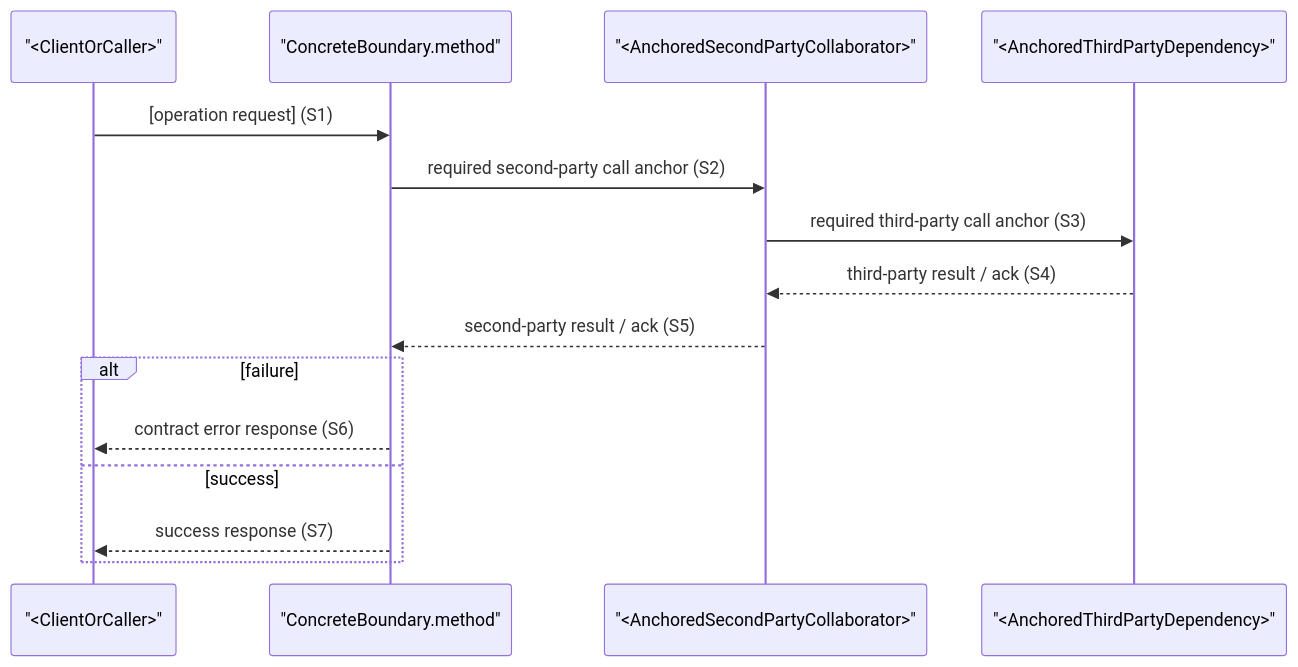
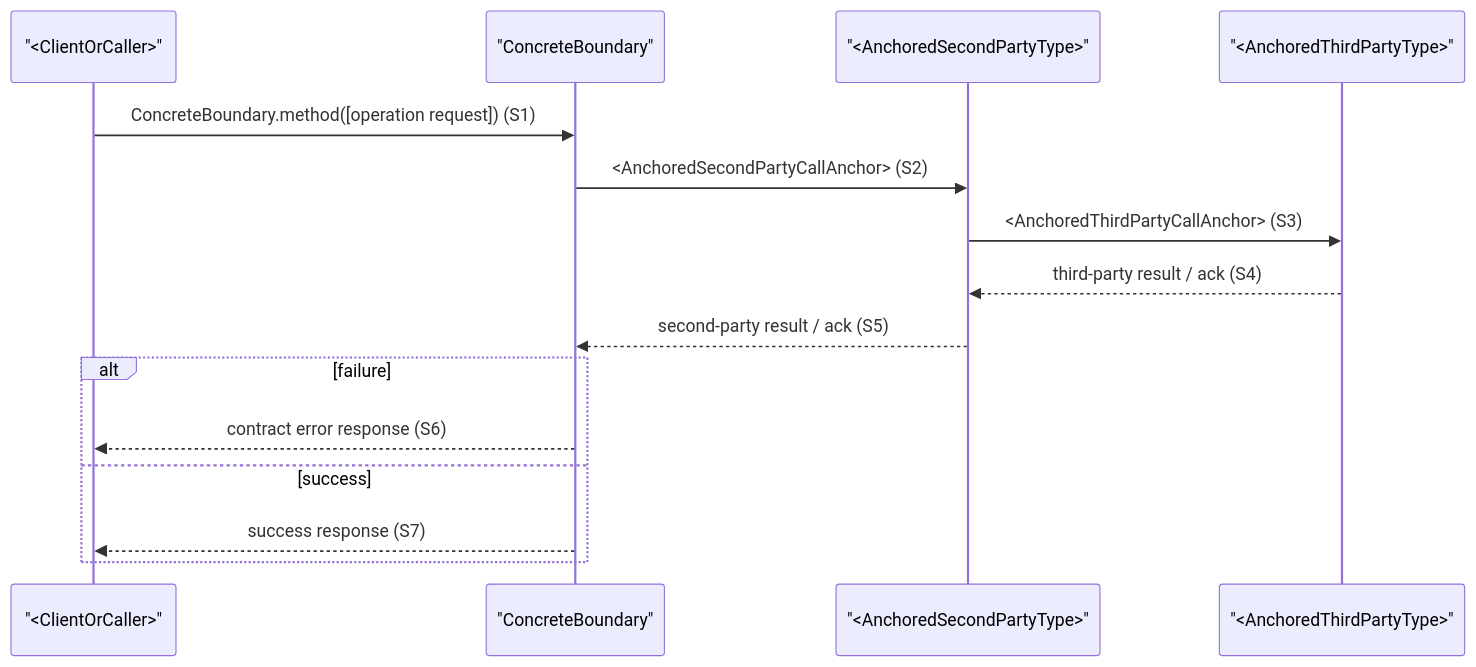
Before and after one commit to bigsmartben/sdd: the sixth of 6 diagrams in templates/contract-template.md, drawn with Mermaid. The commit also changed other lines of this file and 9 other files, not shown here.

````diff
--- a/templates/contract-template.md
+++ b/templates/contract-template.md
@@ -312,18 +313,18 @@
 ```mermaid
 sequenceDiagram
     participant Initiator as "<ClientOrCaller>"
-    participant Boundary as "ConcreteBoundary.method"
-    participant SecondParty as "<AnchoredSecondPartyCollaborator>"
-    participant ThirdParty as "<AnchoredThirdPartyDependency>"
+    participant Boundary as "ConcreteBoundary"
+    participant SecondParty as "<AnchoredSecondPartyType>"
+    participant ThirdParty as "<AnchoredThirdPartyType>"
 
-    Initiator->>Boundary: [operation request] (S1)
-    Boundary->>SecondParty: required second-party call anchor (S2)
-    SecondParty->>ThirdParty: required third-party call anchor (S3)
+    Initiator->>Boundary: ConcreteBoundary.method([operation request]) (S1)
+    Boundary->>SecondParty: <AnchoredSecondPartyCallAnchor> (S2)
+    SecondParty->>ThirdParty: <AnchoredThirdPartyCallAnchor> (S3)
     ThirdParty-->>SecondParty: third-party result / ack (S4)
     SecondParty-->>Boundary: second-party result / ack (S5)
     alt failure
         Boundary-->>Initiator: contract error response (S6)
     else success
         Boundary-->>Initiator: success response (S7)
     end
 ```
````
